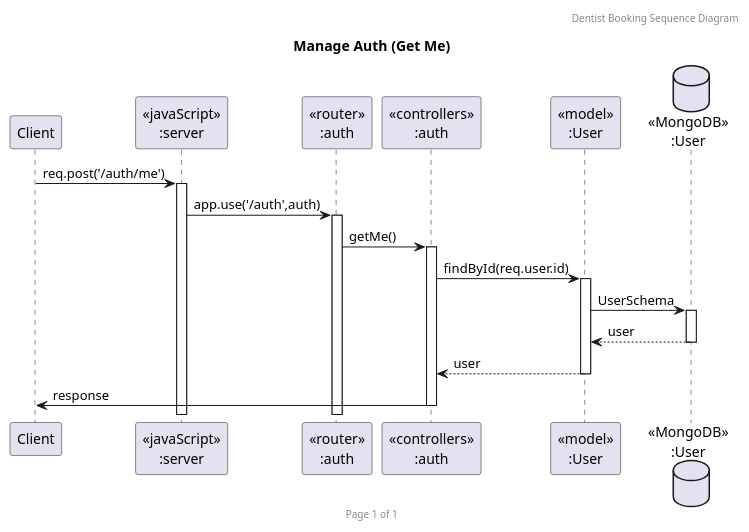
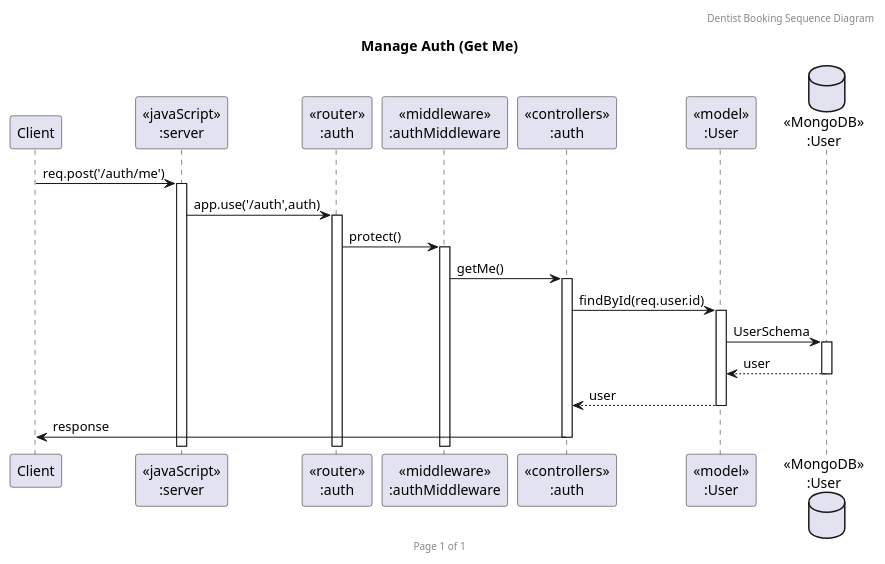
The diagram in doc/sequence_diagram/GetMe.puml (KoalaMuch/DentistBooking), drawn with PlantUML before and after one commit. The commit also changed 10 other files, not shown here.

Commit message:
add middleware in seq diagram

```diff
--- a/doc/sequence_diagram/GetMe.puml
+++ b/doc/sequence_diagram/GetMe.puml
@@ -1,23 +1,25 @@
 @startuml Manage Auth (Get Me)
 
 header Dentist Booking Sequence Diagram
 footer Page %page% of %lastpage%
 title "Manage Auth (Get Me)"
 
 participant "Client" as client
 participant "<<javaScript>>\n:server" as server
 participant "<<router>>\n:auth" as routerAuth
+participant "<<middleware>>\n:authMiddleware" as authMiddleware
 participant "<<controllers>>\n:auth" as controllersAuth
 participant "<<model>>\n:User" as modelUser
 database "<<MongoDB>>\n:User" as UsersDatabase
 
 client->server ++:req.post('/auth/me')
 server->routerAuth ++:app.use('/auth',auth)
-routerAuth -> controllersAuth ++:getMe()
+routerAuth->authMiddleware ++:protect()
+authMiddleware -> controllersAuth ++:getMe()
 controllersAuth->modelUser ++:findById(req.user.id)
 modelUser ->UsersDatabase ++: UserSchema
 UsersDatabase --> modelUser --: user
 controllersAuth <-- modelUser --:user
 controllersAuth->client --:response
 
 @enduml
```
